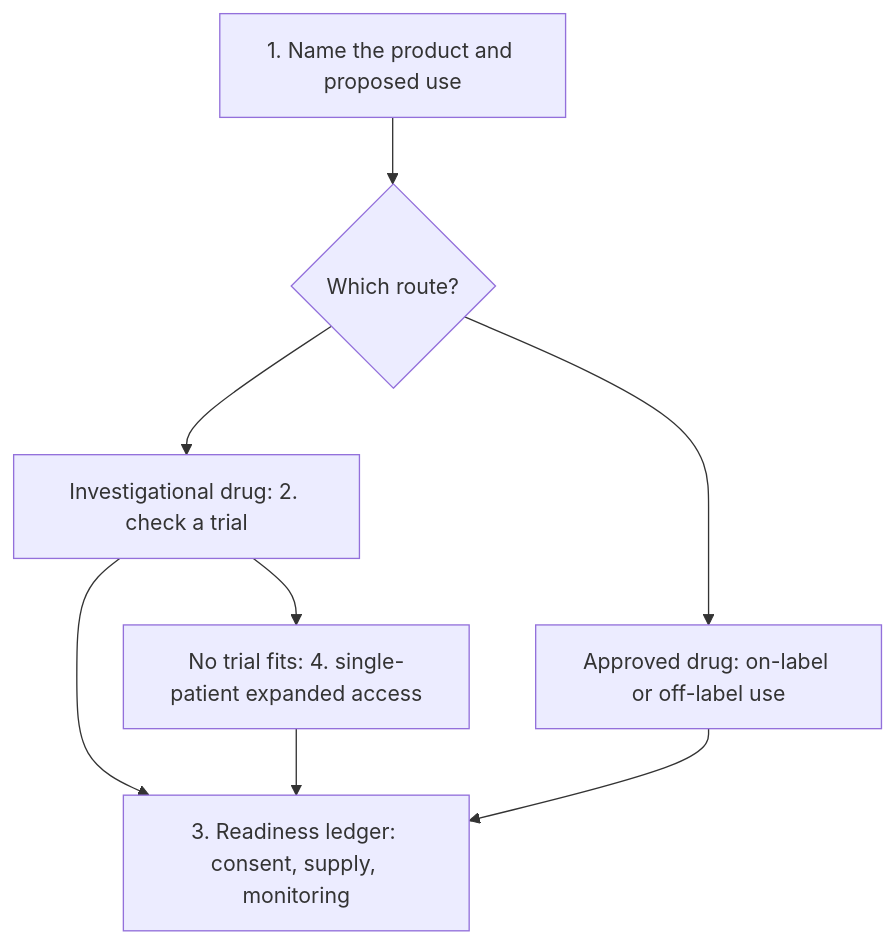
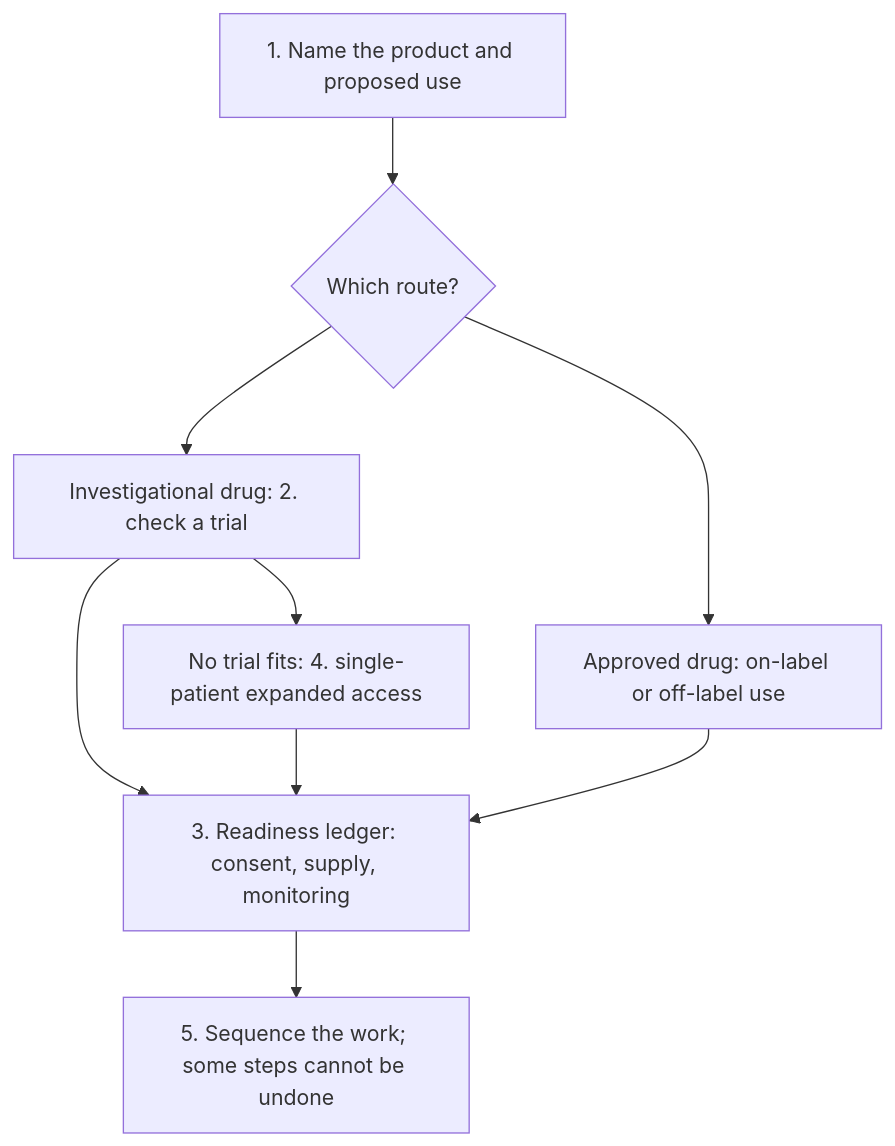
One commit to jasonLaster/oncoguide changed the diagram in wiki/education/guides/accessing-experimental-therapy/index.md. Above: the diagram before and after it, drawn with Mermaid. The commit also changed other lines of this file and 527 other files, not shown here.

````diff
--- a/wiki/education/guides/accessing-experimental-therapy/index.md
+++ b/wiki/education/guides/accessing-experimental-therapy/index.md
@@ -34,10 +34,11 @@
 ```mermaid
 flowchart TD
   A["1. Name the product and proposed use"] --> B{"Which route?"}
   B --> C["Approved drug: on-label or off-label use"]
   B --> D["Investigational drug: 2. check a trial"]
   D --> F["No trial fits: 4. single-patient expanded access"]
   D --> G["3. Readiness ledger: consent, supply, monitoring"]
   F --> G
   C --> G
+  G --> H["5. Sequence the work; some steps cannot be undone"]
 ```
````
